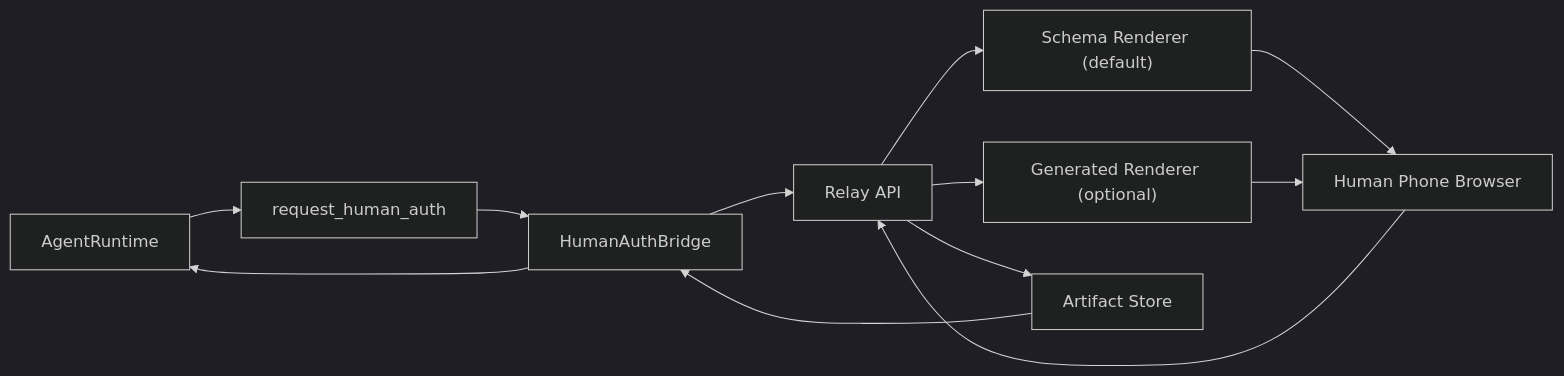
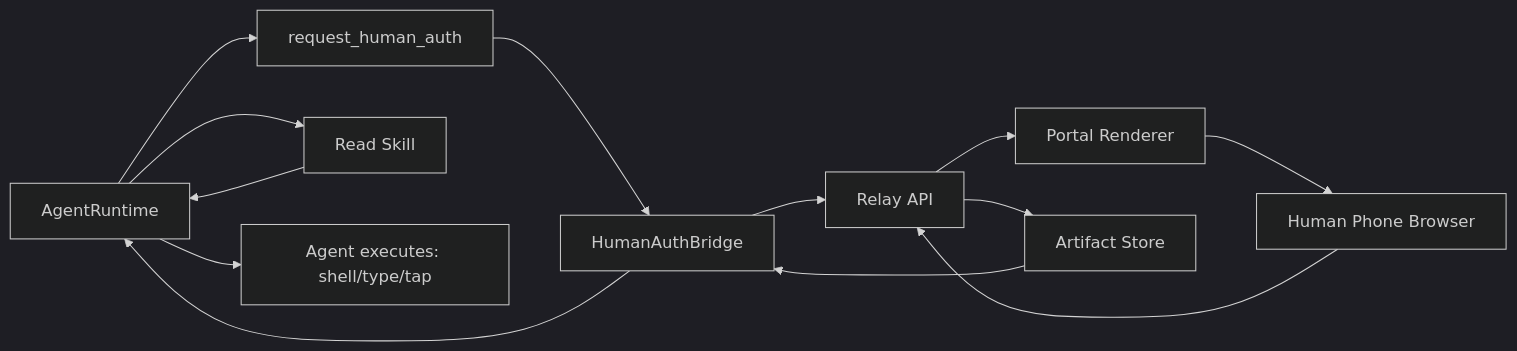
The diagram in docs/human-auth-template-relay-architecture.md (pockebot/openpocket), drawn with Mermaid (dark theme) before and after one commit. The commit also changed other lines of this file and 23 other files, not shown here.

````diff
--- a/docs/human-auth-template-relay-architecture.md
+++ b/docs/human-auth-template-relay-architecture.md
@@ -64,14 +85,15 @@
 ```mermaid
 flowchart LR
   A["AgentRuntime"] --> B["request_human_auth"]
   B --> C["HumanAuthBridge"]
   C --> D["Relay API"]
-  D --> E["Schema Renderer (default)"]
-  D --> F["Generated Renderer (optional)"]
+  D --> E["Portal Renderer"]
   E --> G["Human Phone Browser"]
-  F --> G
   G --> D
   D --> H["Artifact Store"]
   H --> C
   C --> A
+  A --> SK["Read Skill"]
+  SK --> A
+  A --> T["Agent executes: shell/type/tap"]
 ```
````
